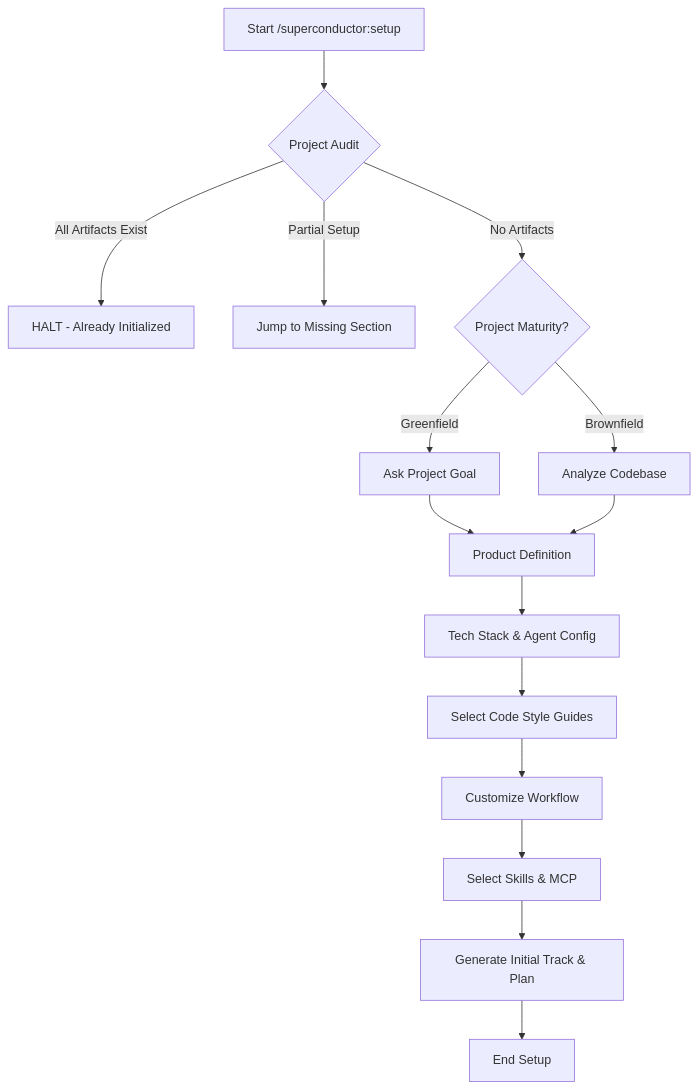
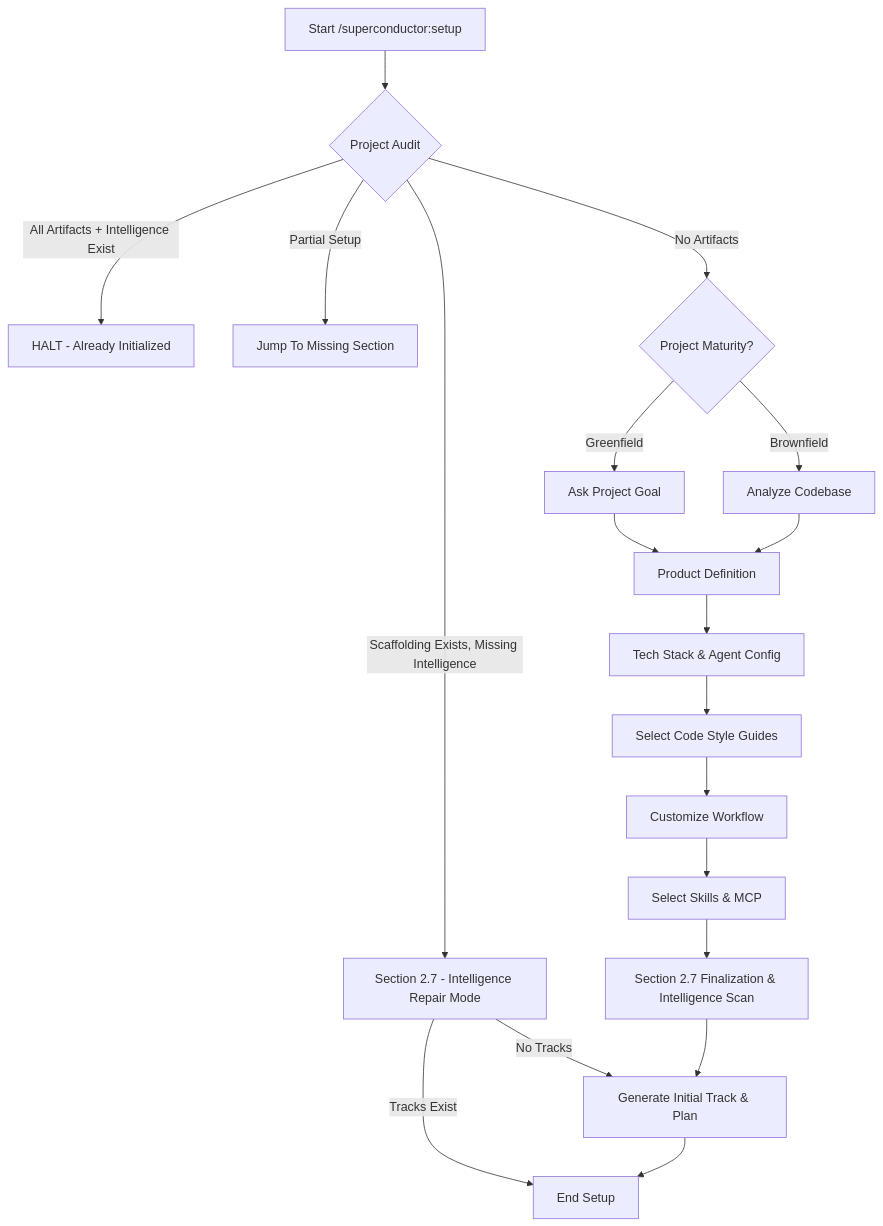
Before and after one commit to Gooseware/superconductor: the diagram in skills/setup/SKILL.md, drawn with Mermaid. The commit also changed other lines of this file and 84 other files, not shown here.

First line of the commit message:
feat(intelligence): resolve setup pathing, multi-language profiling, and 5-reviewer ux engine

````diff
--- a/skills/setup/SKILL.md
+++ b/skills/setup/SKILL.md
@@ -471,17 +479,21 @@
 ```mermaid
 graph TD
     A[Start /superconductor:setup] --> B{Project Audit}
-    B -->|All Artifacts Exist| C[HALT - Already Initialized]
-    B -->|Partial Setup| D[Jump to Missing Section]
+    B -->|All Artifacts + Intelligence Exist| C[HALT - Already Initialized]
+    B -->|Scaffolding Exists, Missing Intelligence| IR[Section 2.7 - Intelligence Repair Mode]
+    IR -->|Tracks Exist| N[End Setup]
+    IR -->|No Tracks| M[Generate Initial Track & Plan]
+    B -->|Partial Setup| D[Jump To Missing Section]
     B -->|No Artifacts| E{Project Maturity?}
     E -->|Greenfield| F[Ask Project Goal]
     E -->|Brownfield| G[Analyze Codebase]
     F --> H[Product Definition]
     G --> H
     H --> I[Tech Stack & Agent Config]
     I --> J[Select Code Style Guides]
     J --> K[Customize Workflow]
     K --> L[Select Skills & MCP]
-    L --> M[Generate Initial Track & Plan]
-    M --> N[End Setup]
+    L --> 27[Section 2.7 Finalization & Intelligence Scan]
+    27 --> M
+    M --> N
 ```
````
